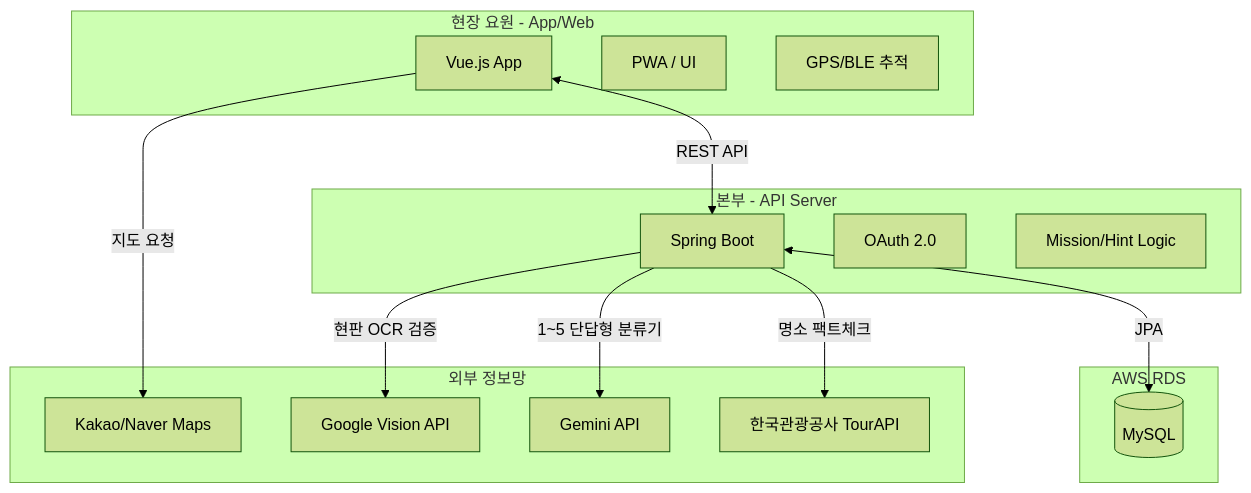
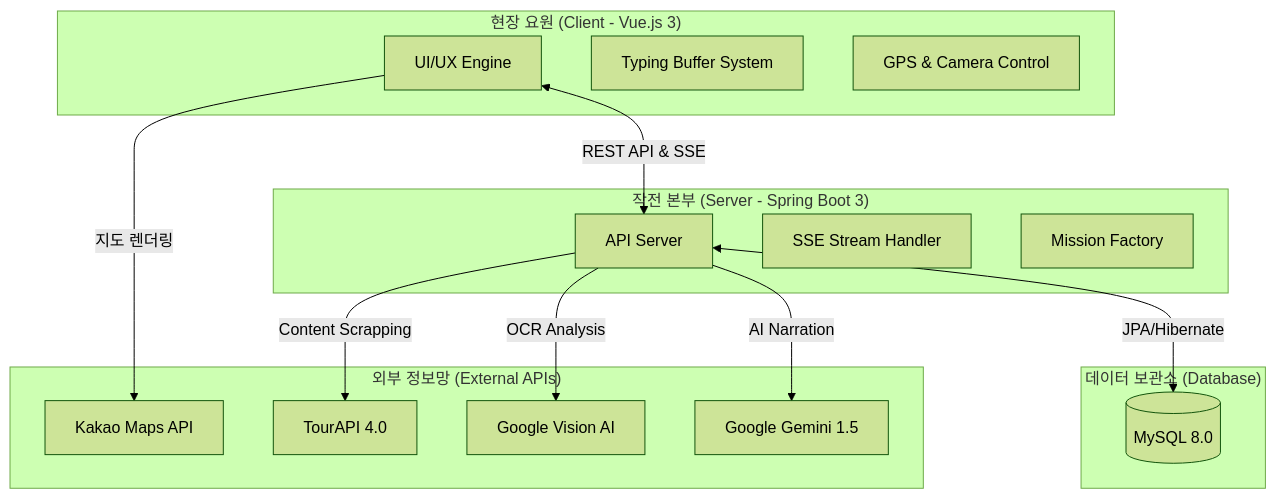
The first of 3 diagrams in README.md (KangHSoon/operation-seoul), drawn with Mermaid (forest theme) before and after one commit. The commit also changed other lines of this file and 17 other files, not shown here.

Commit message:
docs: 시각화 다이어그램을 포함한 전체 README.md 개편\- Mermaid 기반 시스템 아키텍처 다이어그램 추가 - 핵심 도메인 모델(Class Diagram) 시각화 - 프로젝트 계층 구조 및 업무 분담 규칙 명시 - SSE 스트리밍, 타자기 버퍼 등 최신 구현 기술 반영

````diff
--- a/README.md
+++ b/README.md
@@ -11,32 +12,32 @@
 ```mermaid
 graph TD
-    subgraph Client [현장 요원 - App/Web]
-        V[Vue.js App]
-        PWA[PWA / UI]
-        GPS[GPS/BLE 추적]
+    subgraph "현장 요원 (Client - Vue.js 3)"
+        V[UI/UX Engine]
+        B[Typing Buffer System]
+        G[GPS & Camera Control]
     end
 
-    subgraph Server [본부 - API Server]
-        SB[Spring Boot]
-        Auth[OAuth 2.0]
-        Logic[Mission/Hint Logic]
+    subgraph "작전 본부 (Server - Spring Boot 3)"
+        SB[API Server]
+        SSE[SSE Stream Handler]
+        MF[Mission Factory]
     end
 
-    subgraph Database [AWS RDS]
-        MySQL[(MySQL)]
+    subgraph "데이터 보관소 (Database)"
+        MySQL[(MySQL 8.0)]
     end
 
-    subgraph External_APIs [외부 정보망]
-        Map[Kakao/Naver Maps]
-        Vision[Google Vision API]
-        LLM[Gemini API]
-        Tour[한국관광공사 TourAPI]
+    subgraph "외부 정보망 (External APIs)"
+        Map[Kakao Maps API]
+        Tour[TourAPI 4.0]
+        Vision[Google Vision AI]
+        Gemini[Google Gemini 1.5]
     end
 
-    V <-->|REST API| SB
-    SB <-->|JPA| MySQL
-    V -->|지도 요청| Map
-    SB -->|현판 OCR 검증| Vision
-    SB -->|1~5 단답형 분류기| LLM
-    SB -->|명소 팩트체크| Tour
+    V <-->|REST API & SSE| SB
+    SB <-->|JPA/Hibernate| MySQL
+    V -->|지도 렌더링| Map
+    SB -->|Content Scrapping| Tour
+    SB -->|OCR Analysis| Vision
+    SB -->|AI Narration| Gemini
 ```
````
